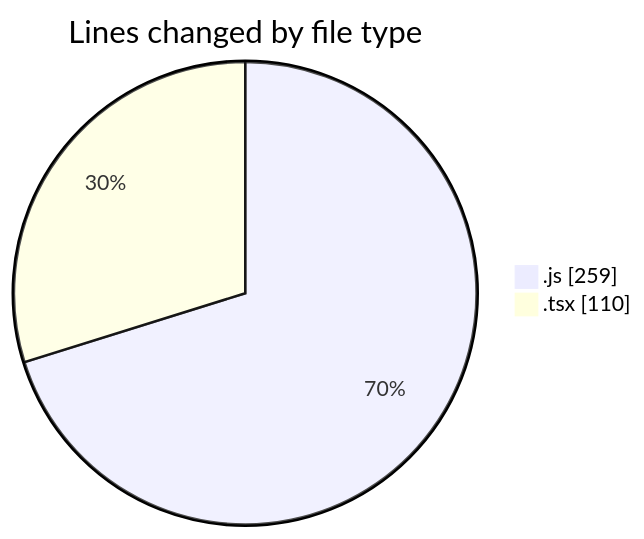
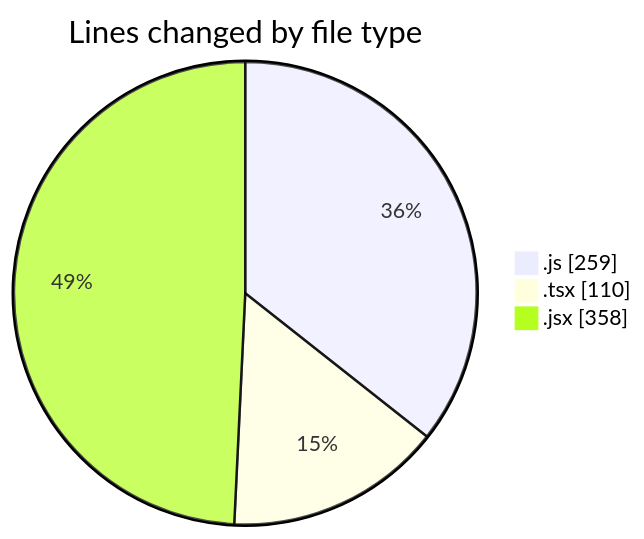
One commit to momahboobian/code-tracking changed the first of 2 diagrams in 2026-03-12/cda/README.md. Above: the diagram before and after it, drawn with Mermaid. The commit also changed other lines of this file and 1 other file, not shown here.

````diff
--- a/2026-03-12/cda/README.md
+++ b/2026-03-12/cda/README.md
@@ -24,6 +26,7 @@
 ```mermaid
 pie showData
 title Lines changed by file type
 ".js" : 259
 ".tsx" : 110
+".jsx" : 358
 ```
````
